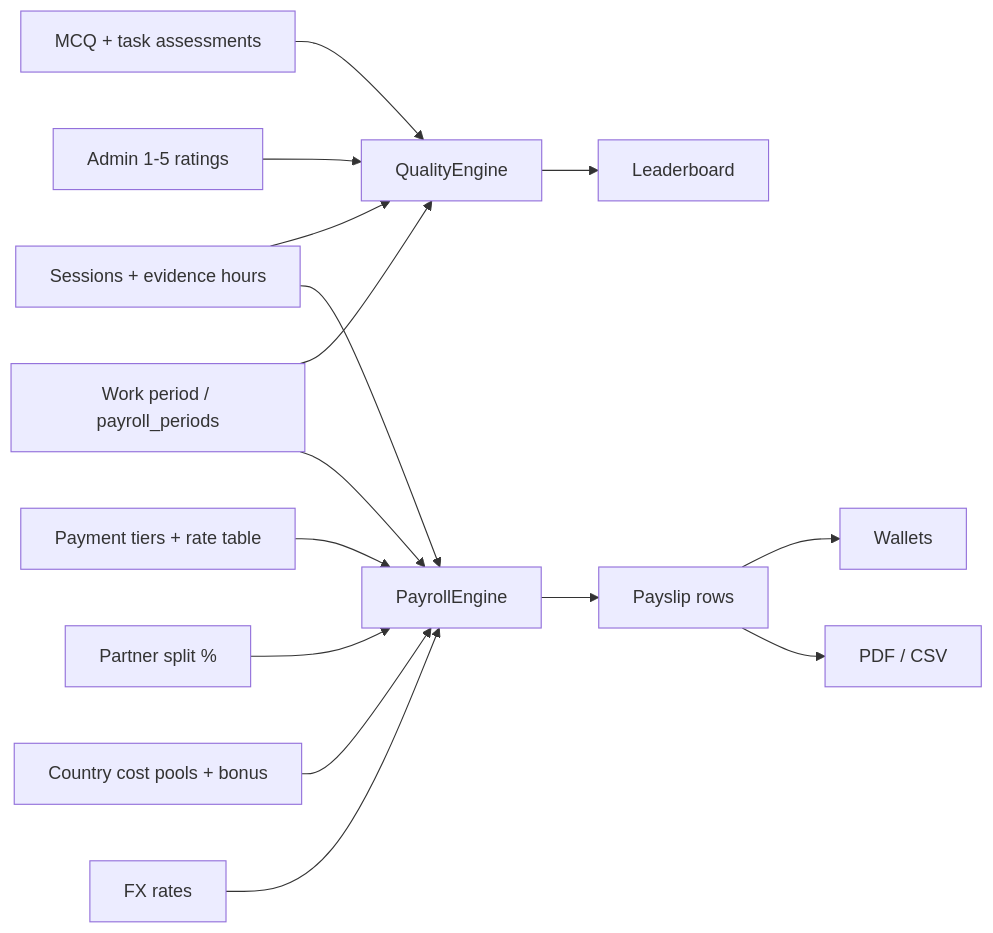
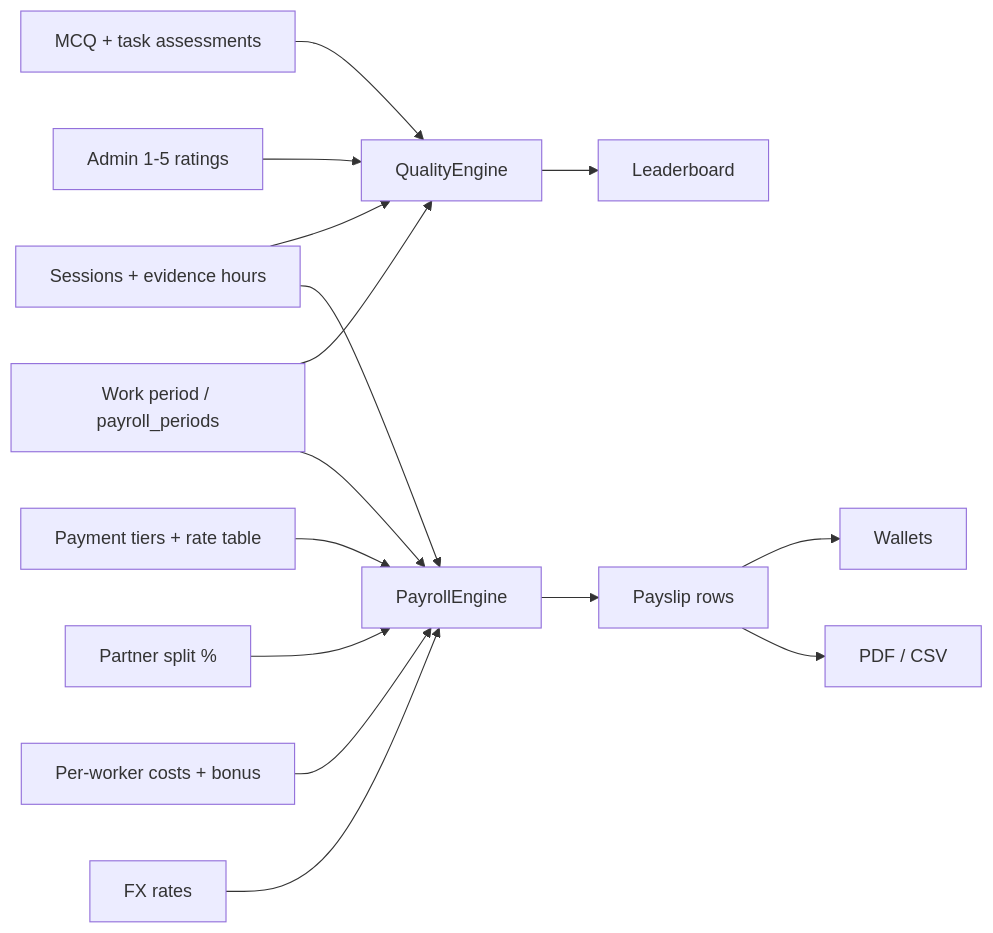
Before and after one commit to supportglobalsolutions-ui/Workforce-Allocation-Platform: the diagram in docs/quality-and-finance.md, drawn with Mermaid. The commit also changed other lines of this file and 377 other files, not shown here.

````diff
--- a/docs/quality-and-finance.md
+++ b/docs/quality-and-finance.md
@@ -17,23 +17,23 @@
 ```mermaid
 flowchart LR
     Sessions[Sessions + evidence hours]
     Assessments[MCQ + task assessments]
     Ratings[Admin 1-5 ratings]
     Period[Work period / payroll_periods]
 
     Sessions --> QualityEngine
     Assessments --> QualityEngine
     Ratings --> QualityEngine
     Period --> QualityEngine
     Period --> PayrollEngine
     Sessions --> PayrollEngine
     Tiers[Payment tiers + rate table] --> PayrollEngine
     Arrangements[Partner split %] --> PayrollEngine
-    Costs[Country cost pools + bonus] --> PayrollEngine
+    Costs[Per-worker costs + bonus] --> PayrollEngine
     FX[FX rates] --> PayrollEngine
 
     QualityEngine --> Leaderboard
     PayrollEngine --> Summaries[Payslip rows]
     Summaries --> Wallets
     Summaries --> Payslips[PDF / CSV]
 ```
````
